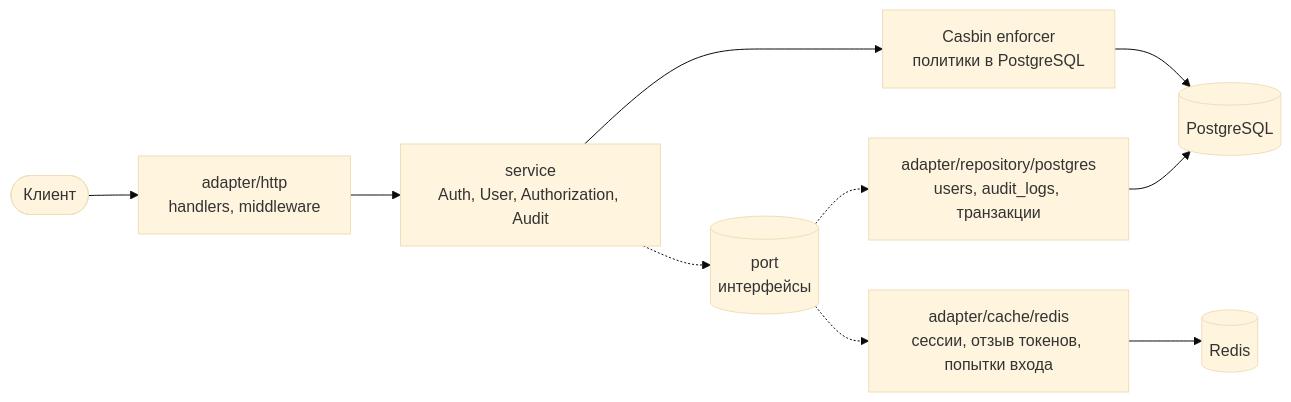
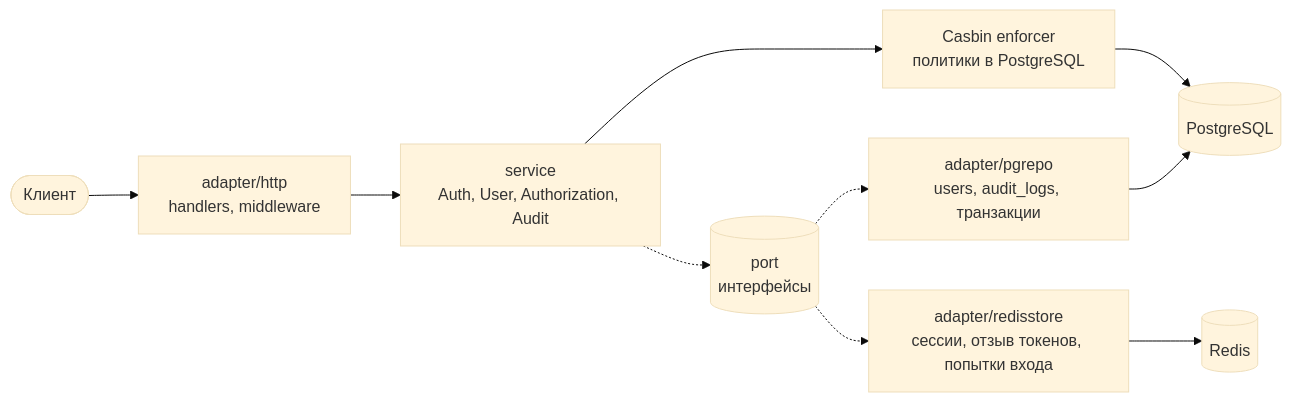
Before and after one commit to andrewhigh08/iam-service: the first of 2 diagrams in README.md, drawn with Mermaid (base theme). The commit also changed 20 other files, not shown here.

````diff
--- a/README.md
+++ b/README.md
@@ -95,12 +95,12 @@
 ```mermaid
 flowchart LR
     client([Клиент]) --> http[adapter/http<br/>handlers, middleware]
     http --> svc[service<br/>Auth, User, Authorization, Audit]
     svc -.-> port[(port<br/>интерфейсы)]
-    port -.-> pg[adapter/repository/postgres<br/>users, audit_logs, транзакции]
-    port -.-> rds[adapter/cache/redis<br/>сессии, отзыв токенов, попытки входа]
+    port -.-> pg[adapter/pgrepo<br/>users, audit_logs, транзакции]
+    port -.-> rds[adapter/redisstore<br/>сессии, отзыв токенов, попытки входа]
     svc --> casbin[Casbin enforcer<br/>политики в PostgreSQL]
     pg --> db[(PostgreSQL)]
     rds --> redis[(Redis)]
     casbin --> db
 ```
````
